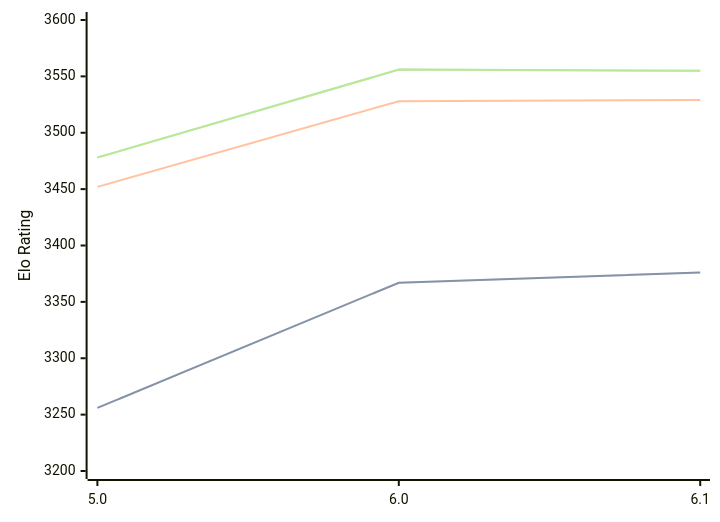
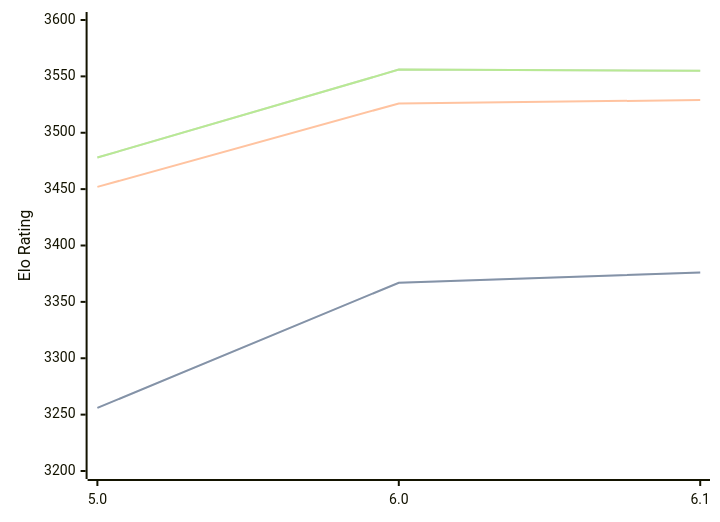
Before and after one commit to computer-chess-index/cci: the diagram in engines/Starzix.md, drawn with Mermaid. The commit also changed other lines of this file, not shown here.

````diff
--- a/engines/Starzix.md
+++ b/engines/Starzix.md
@@ -35,11 +35,11 @@
 ```mermaid
 %%{init: {"theme":"base","themeVariables":{"seriesColors:['#a3a3a3','#222221','#faa371']}}}%%
 xychart-beta
   x-axis ["5.0", "6.0", "6.1"]
   y-axis "Elo Rating" 3200 --> 3600
   line "STC (8.0+0.08s)" [3256, 3367, 3376]
   line "STC (8.0+0.08s)" [3256, 3367, 3376]
-  line "LTC (60.0+0.60s)" [3452, 3528, 3529]
+  line "LTC (60.0+0.60s)" [3452, 3526, 3529]
   line "VLTC (2m24s+1.12s)" [3478, 3556, 3555]
   line "VLTC (2m24s+1.12s)" [3478, 3556, 3555]
 ```
````
